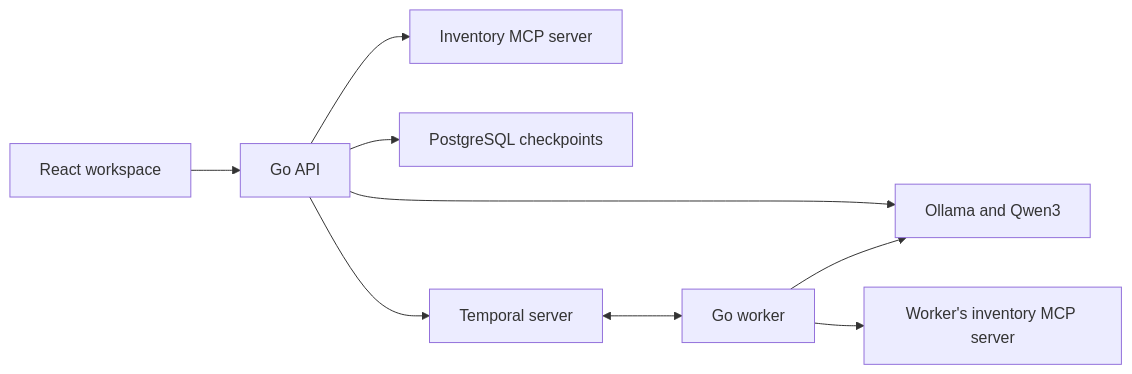
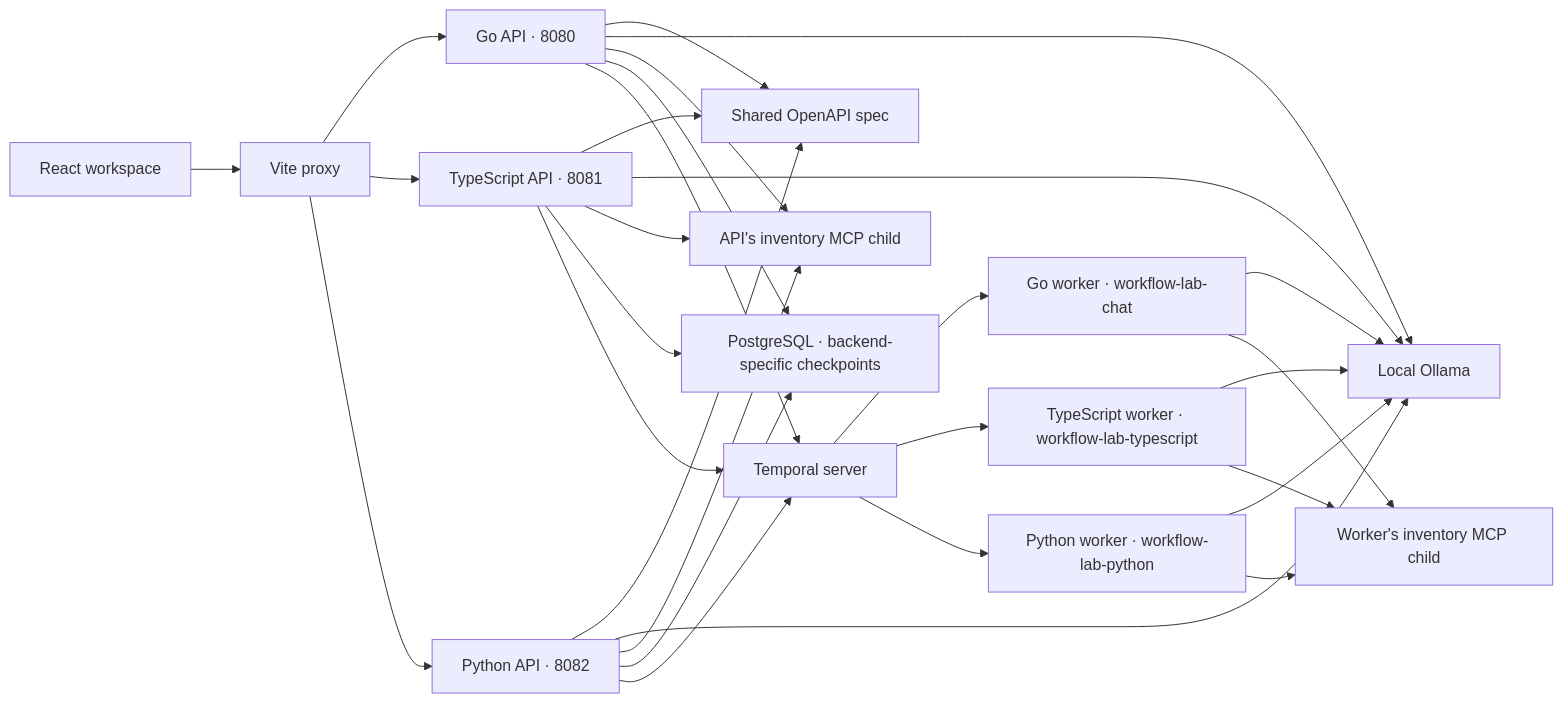
One commit to aenns/agent-workflow-lab changed the diagram in README.md. Above: the diagram before and after it, drawn with Mermaid. The commit also changed other lines of this file and 1 other file, not shown here.

Commit message:
Document three-backend architecture and worker recovery

````diff
--- a/README.md
+++ b/README.md
@@ -57,11 +66,17 @@
 ```mermaid
 flowchart LR
-    UI["React workspace"] --> API["Go API"]
-    API --> O["Ollama and Qwen3"]
-    API --> MCP["Inventory MCP server"]
-    API --> DB["PostgreSQL checkpoints"]
-    API --> T["Temporal server"]
-    T <--> W["Go worker"]
-    W --> O
-    W --> WMCP["Worker's inventory MCP server"]
+    UI["React workspace"] --> Vite["Vite proxy"]
+    Vite --> Go["Go API · 8080"]
+    Vite --> TS["TypeScript API · 8081"]
+    Vite --> Py["Python API · 8082"]
+    Go & TS & Py --> Contract["Shared OpenAPI spec"]
+    Go & TS & Py --> Ollama["Local Ollama"]
+    Go & TS & Py --> MCP["API's inventory MCP child"]
+    Go & TS & Py --> DB["PostgreSQL · backend-specific checkpoints"]
+    Go & TS & Py --> Temporal["Temporal server"]
+    Temporal --> GoW["Go worker · workflow-lab-chat"]
+    Temporal --> TSW["TypeScript worker · workflow-lab-typescript"]
+    Temporal --> PyW["Python worker · workflow-lab-python"]
+    GoW & TSW & PyW --> Ollama
+    GoW & TSW & PyW --> WorkerMCP["Worker's inventory MCP child"]
 ```
````
